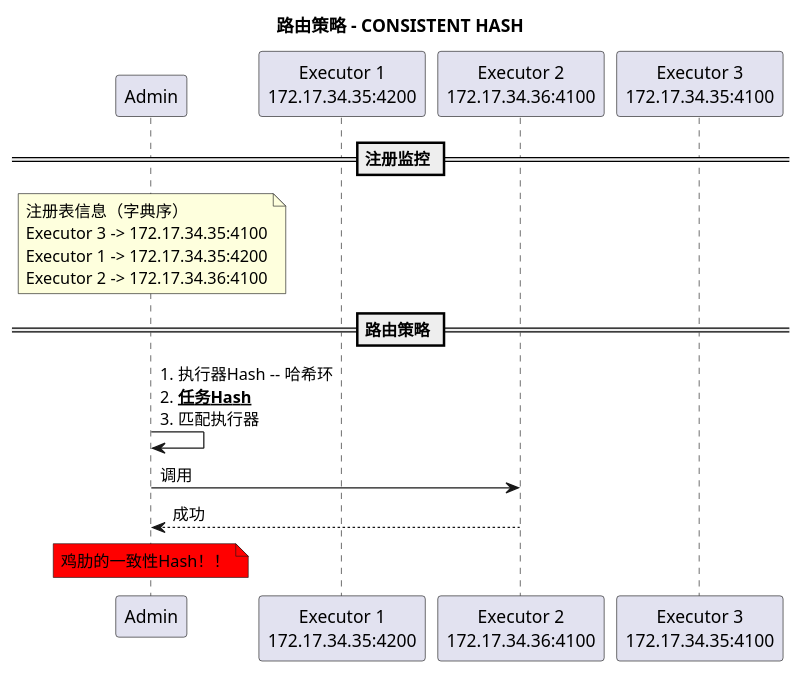
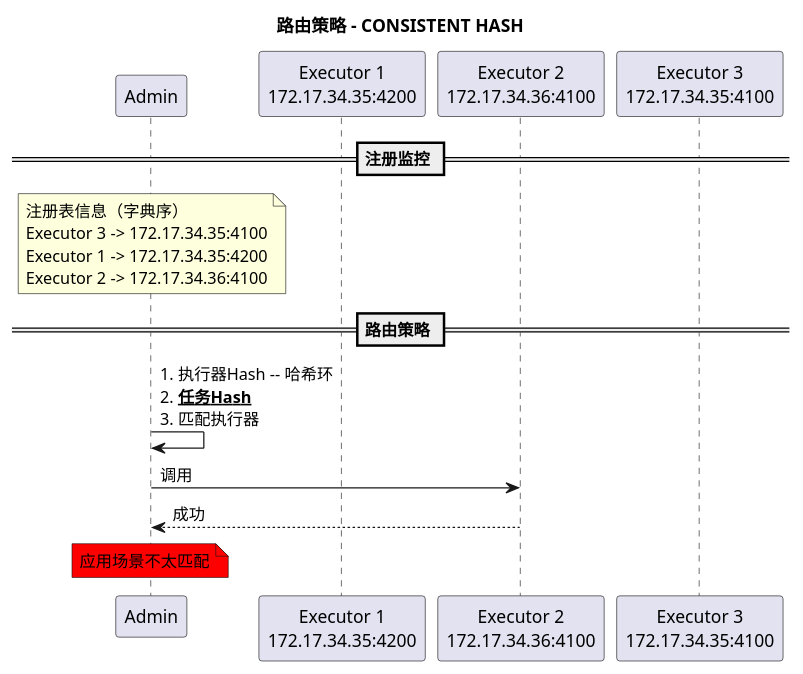
Before and after one commit to Sean-K-Wu/xxl-job: the diagram in doc/uml/sequence/admin/route-consistent-hash.puml, drawn with PlantUML. The commit also changed 9 other files, not shown here.

```diff
--- a/doc/uml/sequence/admin/route-consistent-hash.puml
+++ b/doc/uml/sequence/admin/route-consistent-hash.puml
@@ -1,29 +1,29 @@
 @startuml
 title 路由策略 - CONSISTENT HASH
 
 participant a as "Admin" order 10
 participant e1 as "Executor 1\n172.17.34.35:4200" order 20
 participant e2 as "Executor 2\n172.17.34.36:4100" order 30
 participant e3 as "Executor 3\n172.17.34.35:4100" order 40
 
 == 注册监控 ==
 note over a
     注册表信息（字典序）
     Executor 3 -> 172.17.34.35:4100
     Executor 1 -> 172.17.34.35:4200
     Executor 2 -> 172.17.34.36:4100
 end note
 
 == 路由策略 ==
 a -> a : \
 1. 执行器Hash -- 哈希环\n\
 2. __**任务Hash**__\n\
 3. 匹配执行器
 
 a -> e2 : 调用
 a <-- e2 : 成功
 
 note over a #red
-    鸡肋的一致性Hash！！
+    应用场景不太匹配
 end note
 @enduml
```
